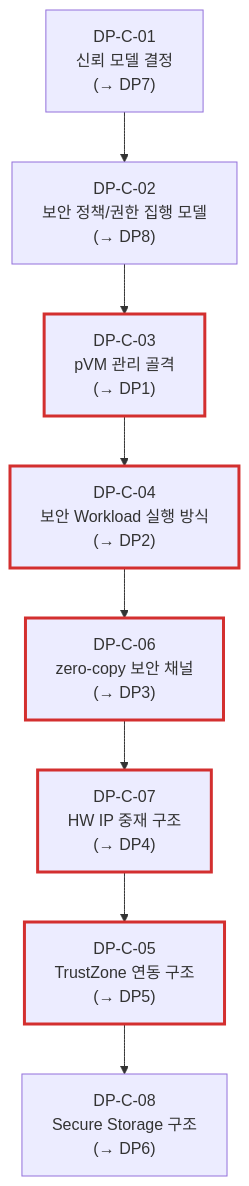
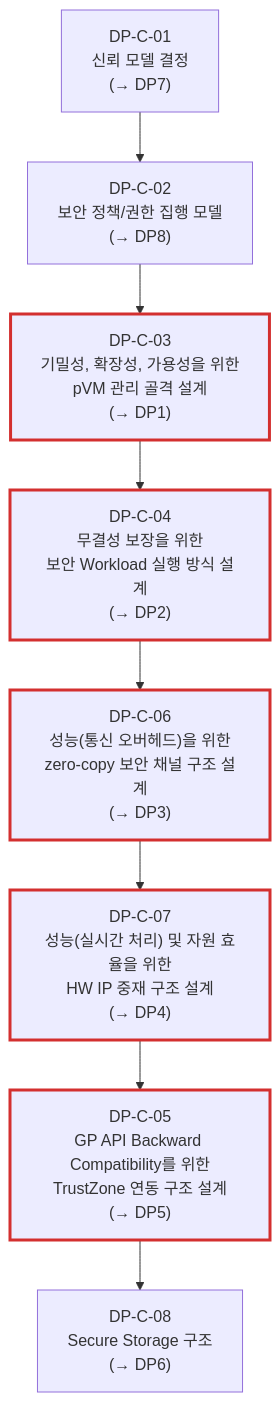
One commit to boram1288/test-p changed the diagram in docs/05_decision_points.md. Above: the diagram before and after it, drawn with Mermaid. The commit also changed other lines of this file, not shown here.

````diff
--- a/docs/05_decision_points.md
+++ b/docs/05_decision_points.md
@@ -52,22 +52,22 @@
 ```mermaid
 flowchart TD
     DPC01["DP-C-01<br/>신뢰 모델 결정<br/>(→ DP7)"]
     DPC02["DP-C-02<br/>보안 정책/권한 집행 모델<br/>(→ DP8)"]
-    DPC03["DP-C-03<br/>pVM 관리 골격<br/>(→ DP1)"]
-    DPC04["DP-C-04<br/>보안 Workload 실행 방식<br/>(→ DP2)"]
-    DPC05["DP-C-05<br/>TrustZone 연동 구조<br/>(→ DP5)"]
-    DPC06["DP-C-06<br/>zero-copy 보안 채널<br/>(→ DP3)"]
-    DPC07["DP-C-07<br/>HW IP 중재 구조<br/>(→ DP4)"]
+DPC03["DP-C-03<br/>기밀성, 확장성, 가용성을 위한<br/>pVM 관리 골격 설계<br/>(→ DP1)"]
+DPC04["DP-C-04<br/>무결성 보장을 위한<br/>보안 Workload 실행 방식 설계<br/>(→ DP2)"]
+DPC05["DP-C-05<br/>GP API Backward Compatibility를 위한<br/>TrustZone 연동 구조 설계<br/>(→ DP5)"]
+DPC06["DP-C-06<br/>성능(통신 오버헤드)을 위한<br/>zero-copy 보안 채널 구조 설계<br/>(→ DP3)"]
+DPC07["DP-C-07<br/>성능(실시간 처리) 및 자원 효율을 위한<br/>HW IP 중재 구조 설계<br/>(→ DP4)"]
     DPC08["DP-C-08<br/>Secure Storage 구조<br/>(→ DP6)"]
 
     classDef critical stroke:#d32f2f,stroke-width:3px
     class DPC03,DPC04,DPC06,DPC07,DPC05 critical
 
     DPC01 --> DPC02
     DPC02 --> DPC03
     DPC03 --> DPC04
     DPC04 --> DPC06
     DPC06 --> DPC07
 DPC07 --> DPC05
     DPC05 --> DPC08
 ```
````
